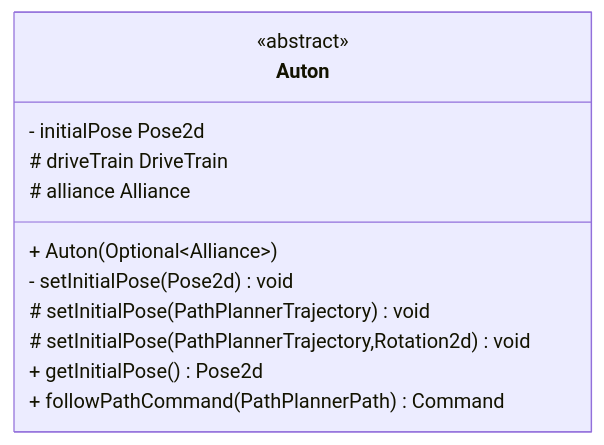
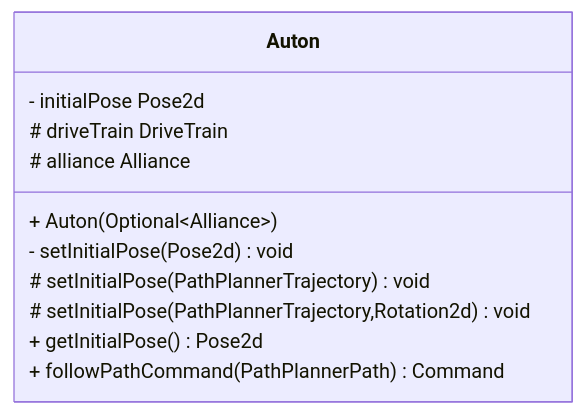
One commit to LakotaRobotics1038/2026RobotProject changed the diagram in src/uml/frc/robot/autons/Auton.mmd. Above: the diagram before and after it, drawn with Mermaid. The commit also changed 78 other files, not shown here.

Commit message:
Update uml

```diff
--- a/src/uml/frc/robot/autons/Auton.mmd
+++ b/src/uml/frc/robot/autons/Auton.mmd
@@ -1,15 +1,14 @@
 classDiagram
   direction LR
 
   class Auton {
-    <<abstract>>
     - initialPose Pose2d
     # driveTrain DriveTrain
     # alliance Alliance
     + Auton(Optional~Alliance~)
     - setInitialPose(Pose2d) void
     # setInitialPose(PathPlannerTrajectory) void
     # setInitialPose(PathPlannerTrajectory,Rotation2d) void
     + getInitialPose() Pose2d
     + followPathCommand(PathPlannerPath) Command
   }
```
